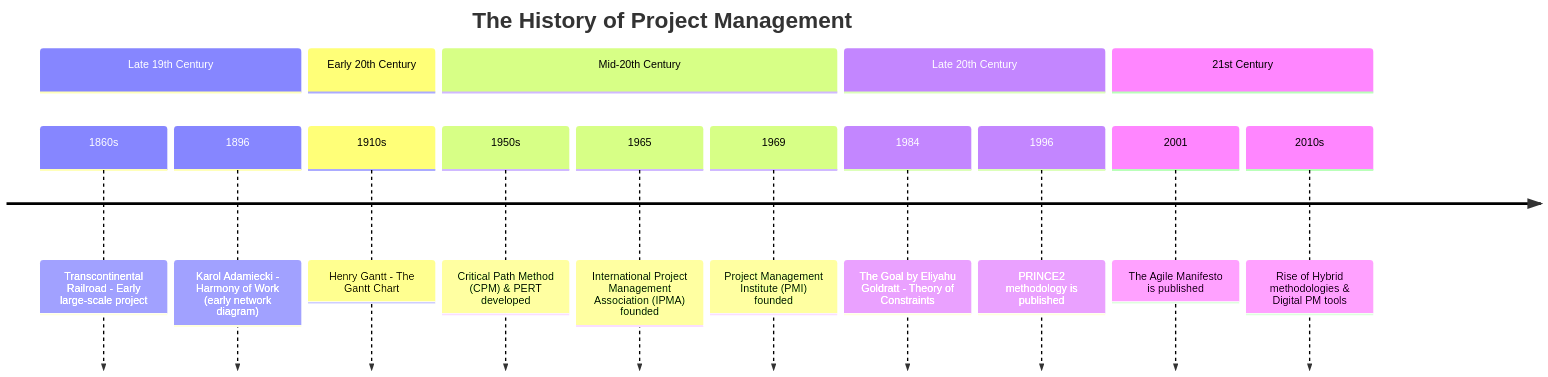
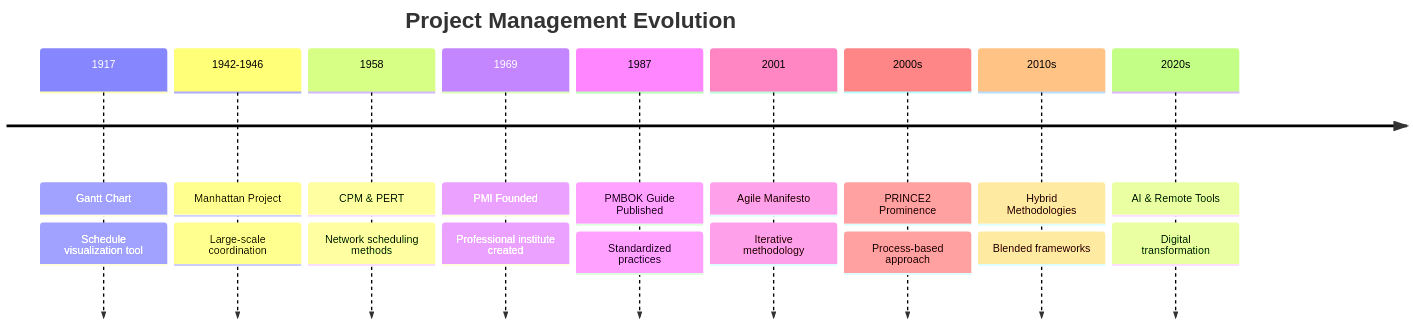
The diagram in timeline/Business and Administration/markdowns/266_project_management.md (elidepb/mermaid_corpus), drawn with Mermaid before and after one commit. The commit also changed 3129 other files, not shown here.

````diff
--- a/timeline/Business and Administration/markdowns/266_project_management.md
+++ b/timeline/Business and Administration/markdowns/266_project_management.md
@@ -1,19 +1,22 @@
 ```mermaid
 timeline
-    title The History of Project Management
-    section Late 19th Century
-        1860s : Transcontinental Railroad - Early large-scale project
-        1896 : Karol Adamiecki - Harmony of Work (early network diagram)
-    section Early 20th Century
-        1910s : Henry Gantt - The Gantt Chart
-    section Mid-20th Century
-        1950s : Critical Path Method (CPM) & PERT developed
-        1965 : International Project Management Association (IPMA) founded
-        1969 : Project Management Institute (PMI) founded
-    section Late 20th Century
-        1984 : The Goal by Eliyahu Goldratt - Theory of Constraints
-        1996 : PRINCE2 methodology is published
-    section 21st Century
-        2001 : The Agile Manifesto is published
-        2010s : Rise of Hybrid methodologies & Digital PM tools
+    title Project Management Evolution
+    1917 : Gantt Chart
+         : Schedule visualization tool
+    1942-1946 : Manhattan Project
+              : Large-scale coordination
+    1958 : CPM & PERT
+         : Network scheduling methods
+    1969 : PMI Founded
+         : Professional institute created
+    1987 : PMBOK Guide Published
+         : Standardized practices
+    2001 : Agile Manifesto
+         : Iterative methodology
+    2000s : PRINCE2 Prominence
+          : Process-based approach
+    2010s : Hybrid Methodologies
+          : Blended frameworks
+    2020s : AI & Remote Tools
+          : Digital transformation
 ```
````
